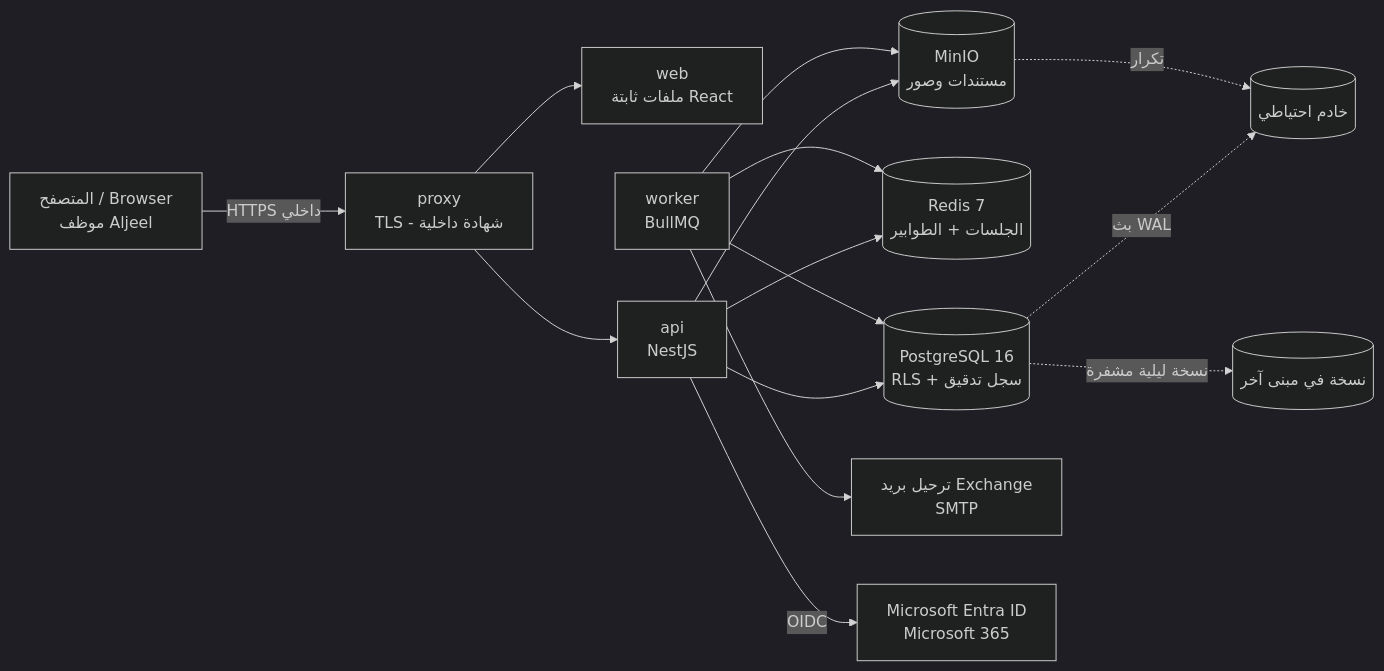
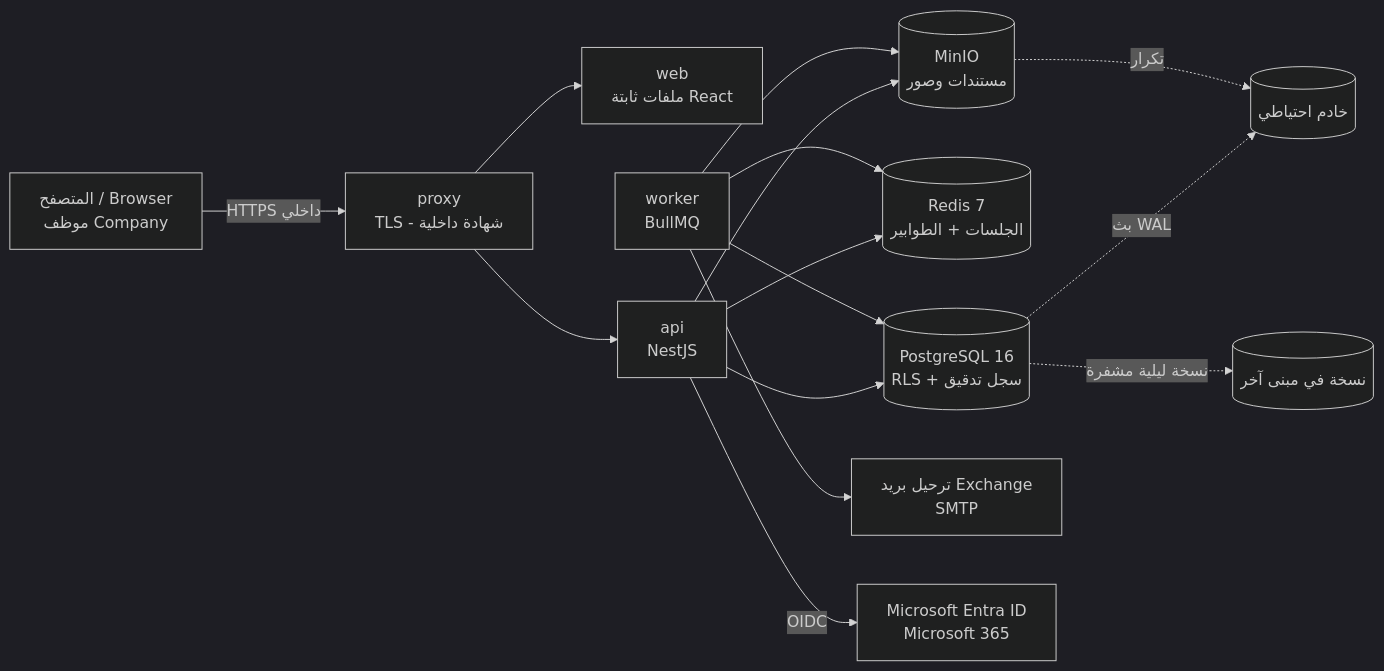
Before and after one commit to scupecenter/My_Repo: the first of 4 diagrams in pmis/docs/customer/03-architecture-and-data.md, drawn with Mermaid (dark theme). The commit also changed other lines of this file and 113 other files, not shown here.

````diff
--- a/pmis/docs/customer/03-architecture-and-data.md
+++ b/pmis/docs/customer/03-architecture-and-data.md
@@ -30,17 +30,17 @@
 ```mermaid
 flowchart LR
-  U[المتصفح / Browser<br/>موظف Aljeel] -->|HTTPS داخلي| P[proxy<br/>TLS - شهادة داخلية]
+  U[المتصفح / Browser<br/>موظف Company] -->|HTTPS داخلي| P[proxy<br/>TLS - شهادة داخلية]
   P --> W[web<br/>ملفات ثابتة React]
   P --> A[api<br/>NestJS]
   A --> DB[(PostgreSQL 16<br/>RLS + سجل تدقيق)]
   A --> R[(Redis 7<br/>الجلسات + الطوابير)]
   A --> M[(MinIO<br/>مستندات وصور)]
   WK[worker<br/>BullMQ] --> DB
   WK --> M
   WK --> R
   WK --> SMTP[ترحيل بريد Exchange<br/>SMTP]
   A -->|OIDC| E[Microsoft Entra ID<br/>Microsoft 365]
   DB -. بث WAL .-> SB[(خادم احتياطي)]
   M -. تكرار .-> SB
   DB -. نسخة ليلية مشفرة .-> OB[(نسخة في مبنى آخر)]
 ```
````
